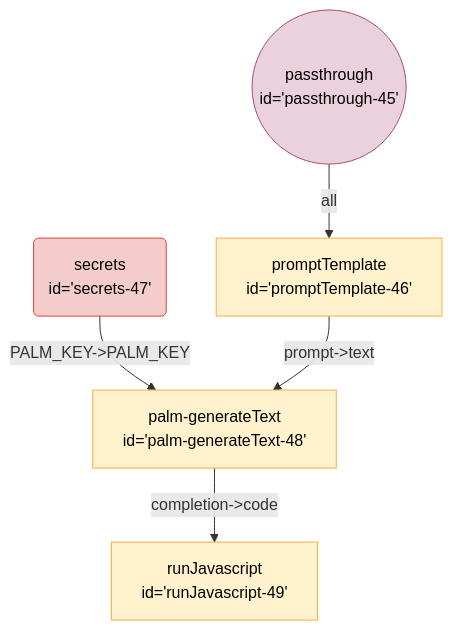
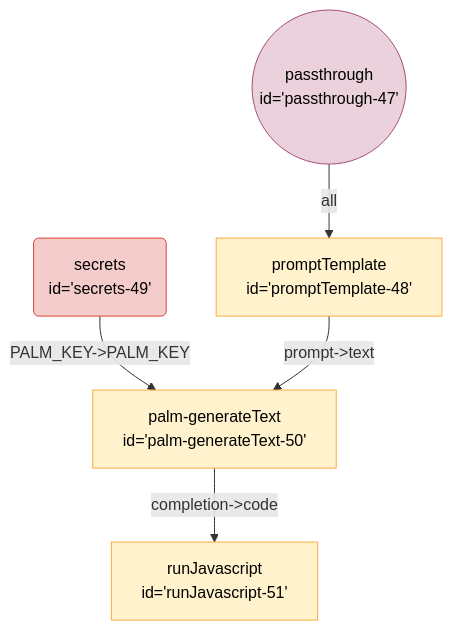
The diagram in seeds/breadboard-web/docs/graphs/new/math-inline-chain.md (breadboard-ai/breadboard), drawn with Mermaid before and after one commit. The commit also changed 17 other files, not shown here.

````diff
--- a/seeds/breadboard-web/docs/graphs/new/math-inline-chain.md
+++ b/seeds/breadboard-web/docs/graphs/new/math-inline-chain.md
@@ -3,16 +3,16 @@
 ```mermaid
 %%{init: 'themeVariables': { 'fontFamily': 'Fira Code, monospace' }}%%
 graph TD;
-palmgenerateText48["palm-generateText <br> id='palm-generateText-48'"] -- "completion->code" --> runJavascript49["runJavascript <br> id='runJavascript-49'"]
-secrets47("secrets <br> id='secrets-47'"):::secrets -- "PALM_KEY->PALM_KEY" --> palmgenerateText48["palm-generateText <br> id='palm-generateText-48'"]
-promptTemplate46["promptTemplate <br> id='promptTemplate-46'"] -- "prompt->text" --> palmgenerateText48["palm-generateText <br> id='palm-generateText-48'"]
-passthrough45(("passthrough <br> id='passthrough-45'")):::passthrough -- all --> promptTemplate46["promptTemplate <br> id='promptTemplate-46'"]
+palmgenerateText50["palm-generateText <br> id='palm-generateText-50'"] -- "completion->code" --> runJavascript51["runJavascript <br> id='runJavascript-51'"]
+secrets49("secrets <br> id='secrets-49'"):::secrets -- "PALM_KEY->PALM_KEY" --> palmgenerateText50["palm-generateText <br> id='palm-generateText-50'"]
+promptTemplate48["promptTemplate <br> id='promptTemplate-48'"] -- "prompt->text" --> palmgenerateText50["palm-generateText <br> id='palm-generateText-50'"]
+passthrough47(("passthrough <br> id='passthrough-47'")):::passthrough -- all --> promptTemplate48["promptTemplate <br> id='promptTemplate-48'"]
 classDef default stroke:#ffab40,fill:#fff2ccff,color:#000
 classDef input stroke:#3c78d8,fill:#c9daf8ff,color:#000
 classDef output stroke:#38761d,fill:#b6d7a8ff,color:#000
 classDef passthrough stroke:#a64d79,fill:#ead1dcff,color:#000
 classDef slot stroke:#a64d79,fill:#ead1dcff,color:#000
 classDef config stroke:#a64d79,fill:#ead1dcff,color:#000
 classDef secrets stroke:#db4437,fill:#f4cccc,color:#000
 classDef slotted stroke:#a64d79
 ```
````
